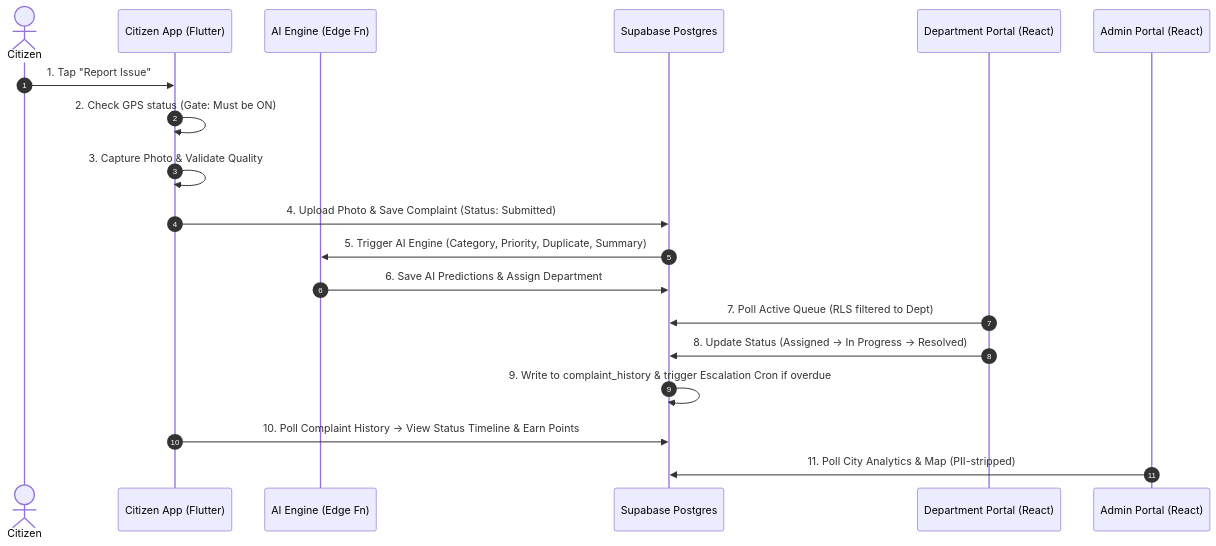
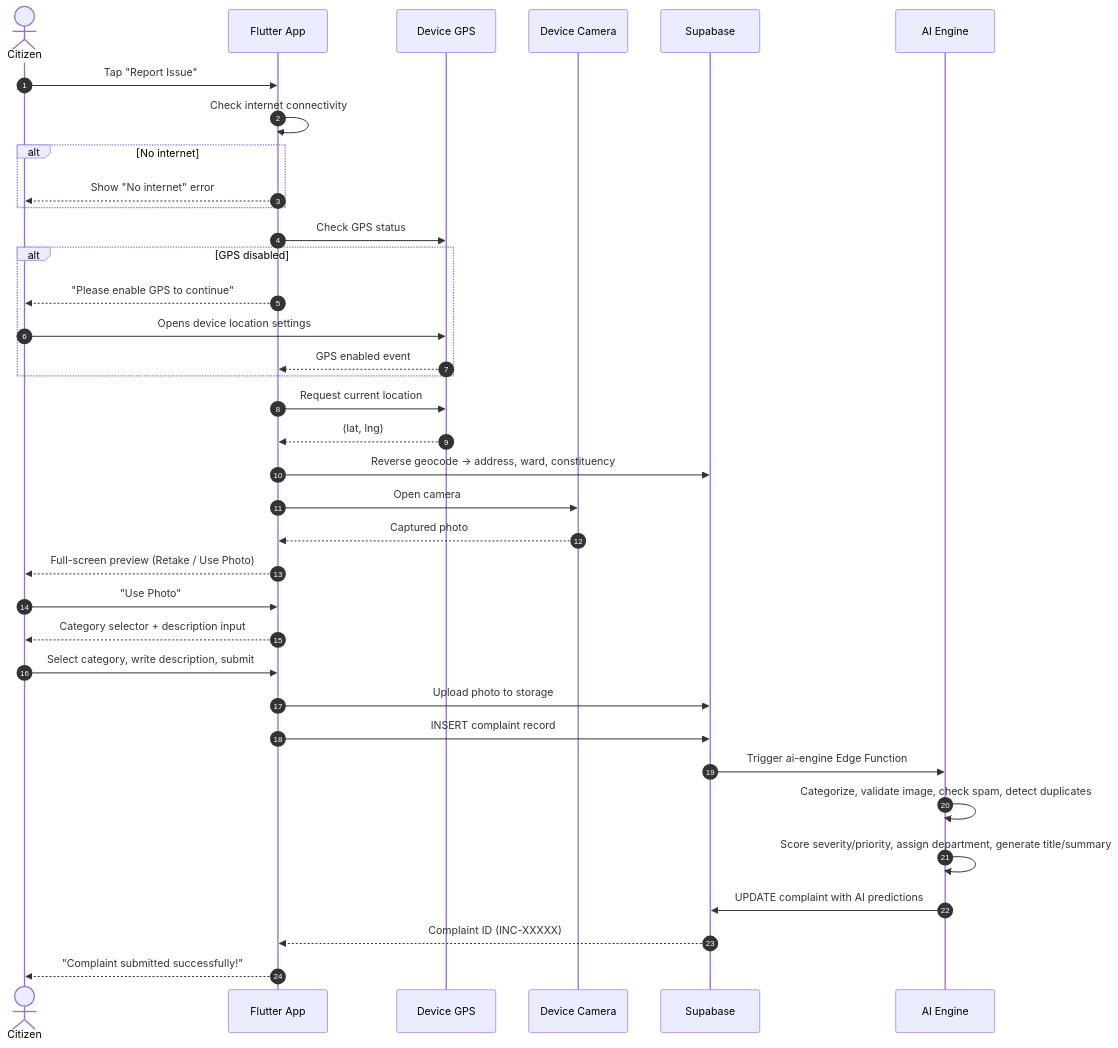
One commit to vinaym0505/Namma-Prahari changed the first of 3 diagrams in docs/requirements.md. Above: the diagram before and after it, drawn with Mermaid. The commit also changed other lines of this file and 177 other files, not shown here.

First line of the commit message:
Phase 1: Requirements, architecture, design system, and scaffolded folder structures

````diff
--- a/docs/requirements.md
+++ b/docs/requirements.md
@@ -59,22 +199,39 @@
 ```mermaid
 sequenceDiagram
     autonumber
-    actor Citizen
-    participant App as Citizen App (Flutter)
-    participant Edge as AI Engine (Edge Fn)
-    participant DB as Supabase Postgres
-    participant Dept as Department Portal (React)
-    participant Admin as Admin Portal (React)
+    actor C as Citizen
+    participant App as Flutter App
+    participant GPS as Device GPS
+    participant Cam as Device Camera
+    participant SB as Supabase
+    participant AI as AI Engine
 
-    Citizen->>App: 1. Tap "Report Issue"
-    App->>App: 2. Check GPS status (Gate: Must be ON)
-    App->>App: 3. Capture Photo & Validate Quality
-    App->>DB: 4. Upload Photo & Save Complaint (Status: Submitted)
-    DB->>Edge: 5. Trigger AI Engine (Category, Priority, Duplicate, Summary)
-    Edge->>DB: 6. Save AI Predictions & Assign Department
-    Dept->>DB: 7. Poll Active Queue (RLS filtered to Dept)
-    Dept->>DB: 8. Update Status (Assigned -> In Progress -> Resolved)
-    DB->>DB: 9. Write to complaint_history & trigger Escalation Cron if overdue
-    App->>DB: 10. Poll Complaint History -> View Status Timeline & Earn Points
-    Admin->>DB: 11. Poll City Analytics & Map (PII-stripped)
+    C->>App: Tap "Report Issue"
+    App->>App: Check internet connectivity
+    alt No internet
+        App-->>C: Show "No internet" error
+    end
+    App->>GPS: Check GPS status
+    alt GPS disabled
+        App-->>C: "Please enable GPS to continue"
+        C->>GPS: Opens device location settings
+        GPS-->>App: GPS enabled event
+    end
+    App->>GPS: Request current location
+    GPS-->>App: (lat, lng)
+    App->>SB: Reverse geocode → address, ward, constituency
+    App->>Cam: Open camera
+    Cam-->>App: Captured photo
+    App-->>C: Full-screen preview (Retake / Use Photo)
+    C->>App: "Use Photo"
+    App-->>C: Category selector + description input
+    C->>App: Select category, write description, submit
+    App->>SB: Upload photo to storage
+    App->>SB: INSERT complaint record
+    SB->>AI: Trigger ai-engine Edge Function
+    AI->>AI: Categorize, validate image, check spam, detect duplicates
+    AI->>AI: Score severity/priority, assign department, generate title/summary
+    AI->>SB: UPDATE complaint with AI predictions
+    SB-->>App: Complaint ID (INC-XXXXX)
+    App-->>C: "Complaint submitted successfully!"
 ```
````
